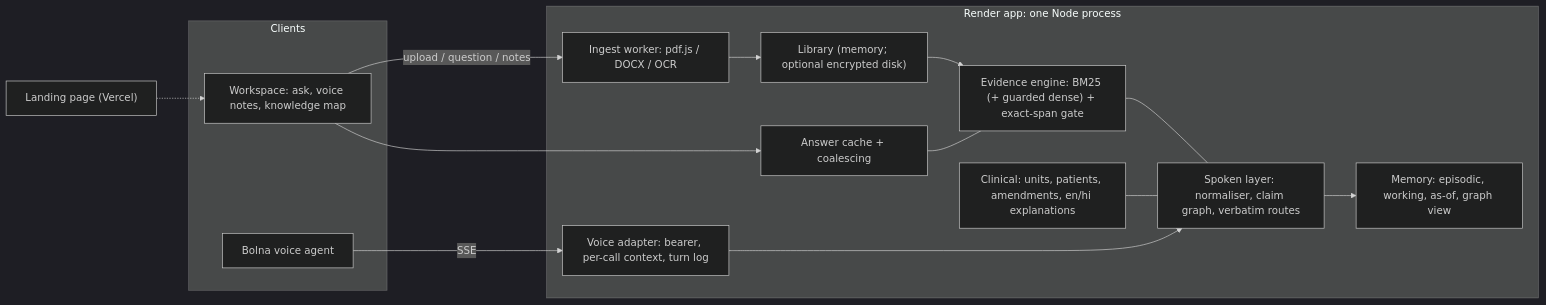
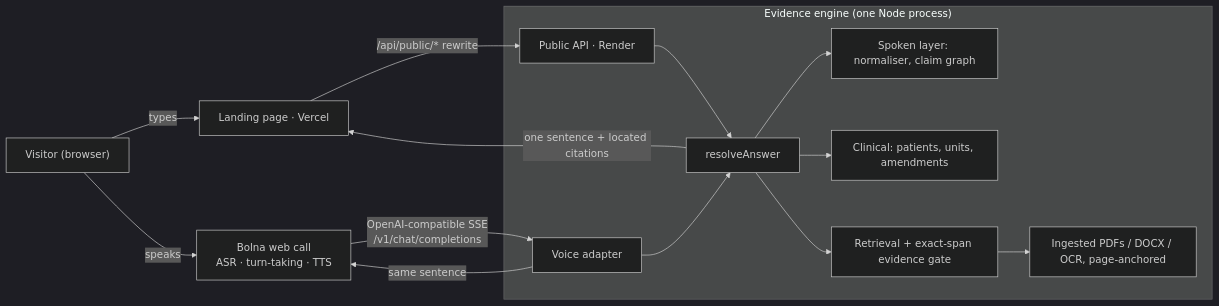
One commit to charan-rathore/voice-memory changed the diagram in README.md. Above: the diagram before and after it, drawn with Mermaid (dark theme). The commit also changed other lines of this file and 46 other files, not shown here.

````diff
--- a/README.md
+++ b/README.md
@@ -103,27 +48,17 @@
 ```mermaid
 flowchart LR
-    LP["Landing page (Vercel)"] -.-> UI
-    subgraph Clients
-        UI["Workspace: ask, voice notes, knowledge map"]
-        BA["Bolna voice agent"]
+    V["Visitor (browser)"] -->|types| L["Landing page · Vercel"]
+    V -->|speaks| B["Bolna web call<br/>ASR · turn-taking · TTS"]
+    L -->|/api/public/* rewrite| API["Public API · Render"]
+    B -->|OpenAI-compatible SSE<br/>/v1/chat/completions| VA["Voice adapter"]
+    subgraph Engine["Evidence engine (one Node process)"]
+      API --> R["resolveAnswer"]
+      VA --> R
+      R --> S["Spoken layer: normaliser, claim graph"]
+      R --> CL["Clinical: patients, units, amendments"]
+      R --> E["Retrieval + exact-span evidence gate"]
+      E --> ING["Ingested PDFs / DOCX / OCR, page-anchored"]
     end
-    subgraph App["Render app: one Node process"]
-        ING["Ingest worker: pdf.js / DOCX / OCR"]
-        LIB["Library (memory; optional encrypted disk)"]
-        ENG["Evidence engine: BM25 (+ guarded dense) + exact-span gate"]
-        SPK["Spoken layer: normaliser, claim graph, verbatim routes"]
-        MEM["Memory: episodic, working, as-of, graph view"]
-        CLN["Clinical: units, patients, amendments, en/hi explanations"]
-        VA["Voice adapter: bearer, per-call context, turn log"]
-        CACHE["Answer cache + coalescing"]
-        ING --> LIB --> ENG
-        ENG --- SPK
-        CLN --- SPK
-        SPK --> MEM
-        VA --> SPK
-        CACHE --- ENG
-    end
-    UI -->|upload / question / notes| ING
-    UI --> CACHE
-    BA -->|SSE| VA
+    R -->|one sentence + located citations| L
+    VA -->|same sentence| B
 ```
````
